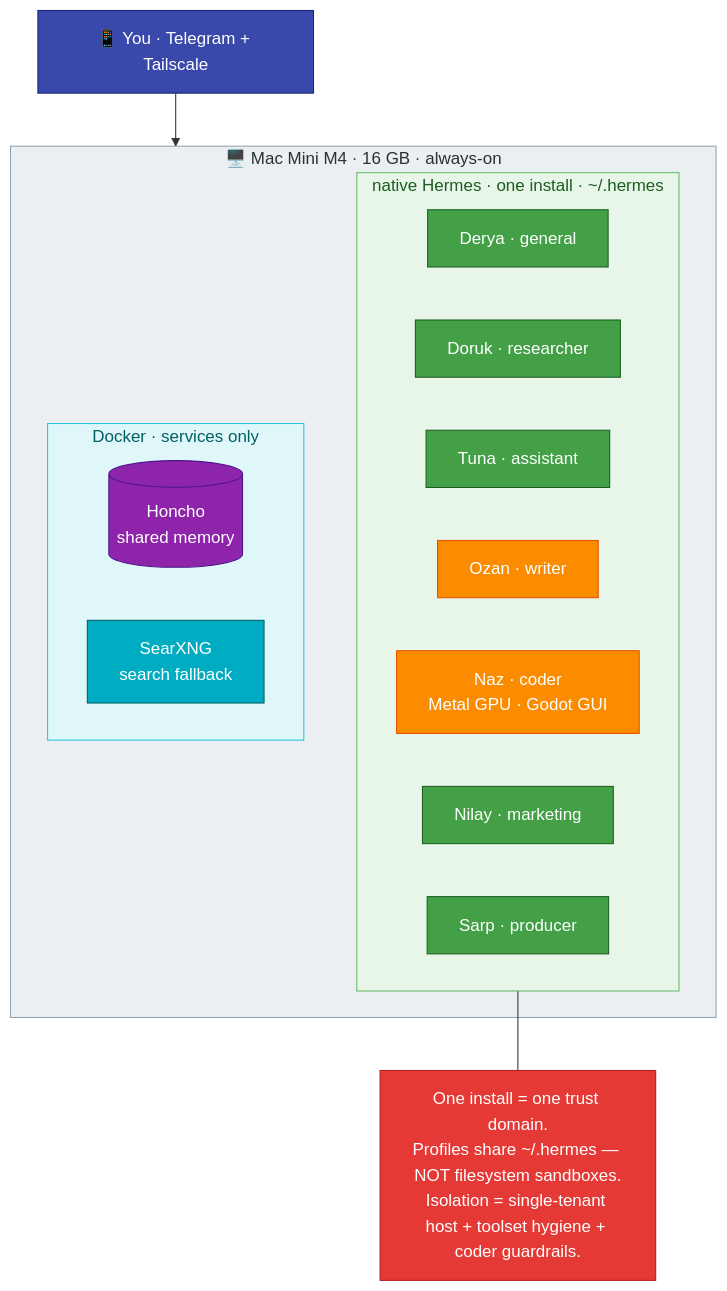
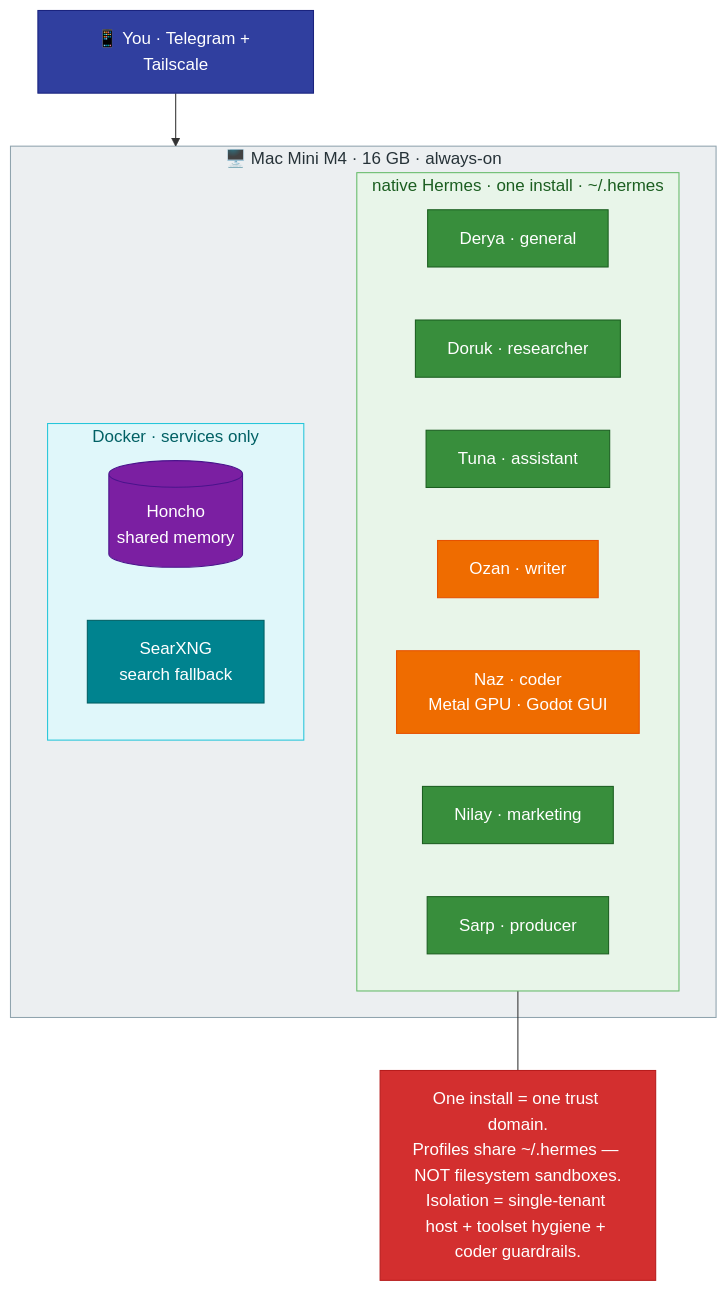
The diagram in docs/01-architecture.md (mpolatcan/hermes-setup), drawn with Mermaid before and after one commit. The commit also changed 9 other files, not shown here.

First line of the commit message:
docs: unify mermaid palette to Material Design (legible contrast)

````diff
--- a/docs/01-architecture.md
+++ b/docs/01-architecture.md
@@ -7,30 +7,30 @@
 ```mermaid
 flowchart TB
     subgraph mini["🖥️ Mac Mini M4 · 16 GB · always-on"]
         subgraph hermes["native Hermes · one install · ~/.hermes"]
             k["Derya · general"]:::mini
             m["Doruk · researcher"]:::mini
             u["Tuna · assistant"]:::mini
             w["Ozan · writer"]:::codex
             c["Naz · coder<br/>Metal GPU · Godot GUI"]:::codex
             o["Nilay · marketing"]:::mini
             p["Sarp · producer"]:::mini
         end
         subgraph svc["Docker · services only"]
             Honcho[("Honcho<br/>shared memory")]:::infra
             SearXNG["SearXNG<br/>search fallback"]:::svc
         end
     end
     phone["📱 You · Telegram + Tailscale"]:::user --> mini
     note["One install = one trust domain.<br/>Profiles share ~/.hermes — NOT filesystem sandboxes.<br/>Isolation = single-tenant host + toolset hygiene + coder guardrails."]:::danger
     hermes --- note
-    classDef user fill:#3949AB,stroke:#1A237E,color:#fff
-    classDef mini fill:#43A047,stroke:#1B5E20,color:#fff
-    classDef codex fill:#FB8C00,stroke:#E65100,color:#fff
-    classDef infra fill:#8E24AA,stroke:#4A148C,color:#fff
-    classDef svc fill:#00ACC1,stroke:#006064,color:#fff
-    classDef danger fill:#E53935,stroke:#B71C1C,color:#fff
+    classDef user fill:#303F9F,stroke:#1A237E,color:#fff
+    classDef mini fill:#388E3C,stroke:#1B5E20,color:#fff
+    classDef codex fill:#EF6C00,stroke:#E65100,color:#fff
+    classDef infra fill:#7B1FA2,stroke:#4A148C,color:#fff
+    classDef svc fill:#00838F,stroke:#006064,color:#fff
+    classDef danger fill:#D32F2F,stroke:#B71C1C,color:#fff
     style mini fill:#ECEFF1,stroke:#90A4AE,color:#263238
     style hermes fill:#E8F5E9,stroke:#66BB6A,color:#1B5E20
     style svc fill:#E0F7FA,stroke:#26C6DA,color:#006064
 ```
````
